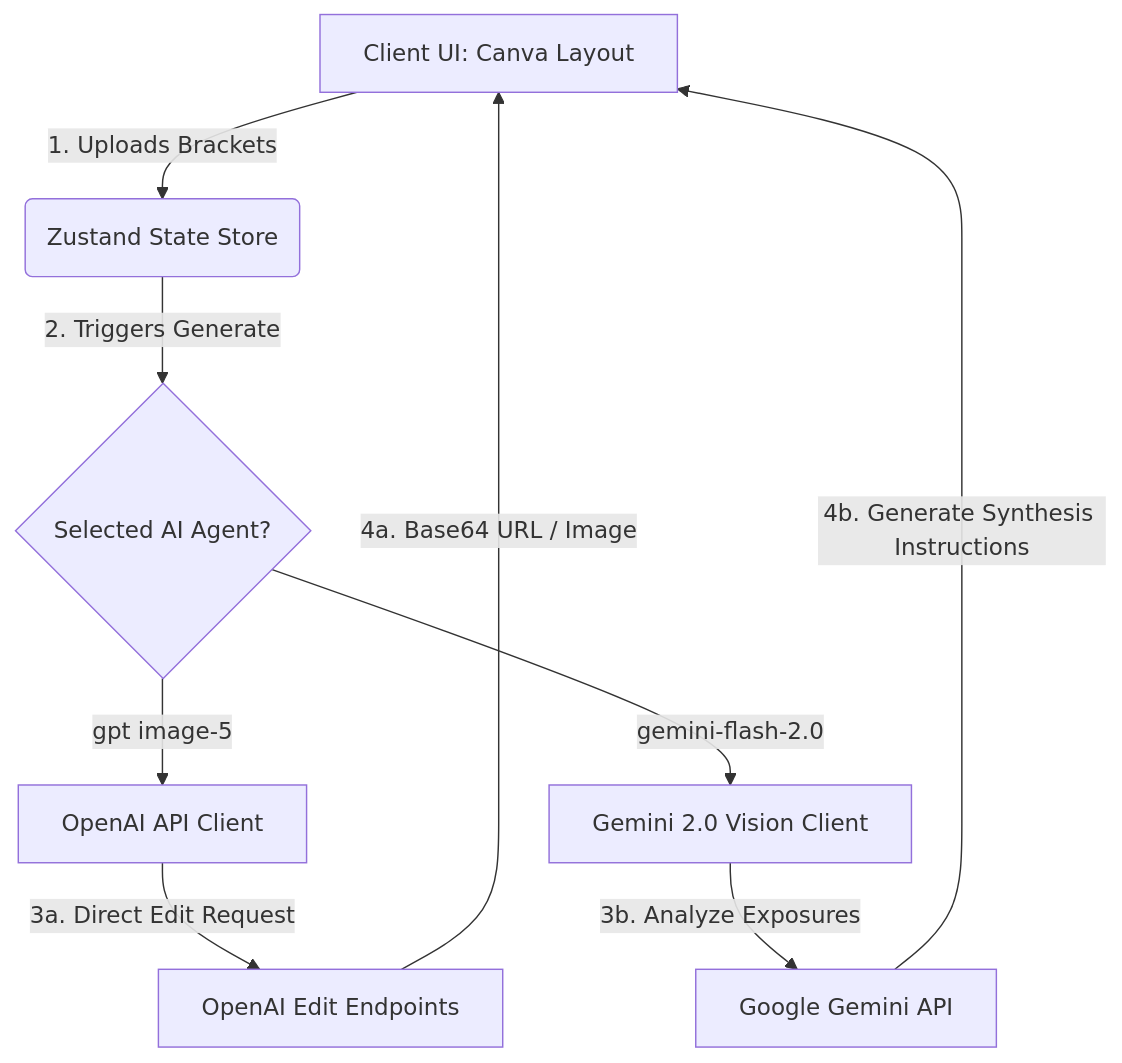
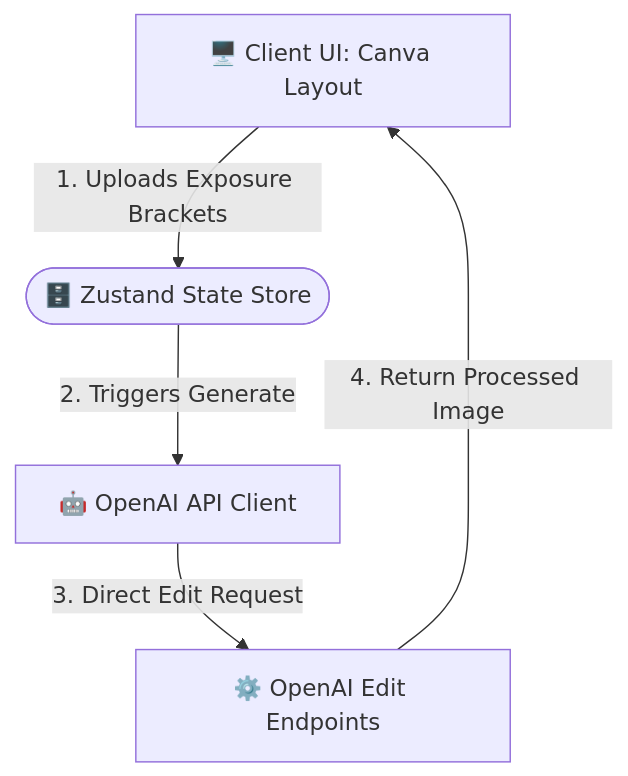
One commit to patelpreet332/real-estate-hdr-fusion changed the diagram in README.md. Above: the diagram before and after it, drawn with Mermaid. The commit also changed other lines of this file and 1 other file, not shown here.

````diff
--- a/README.md
+++ b/README.md
@@ -41,14 +41,7 @@
 ```mermaid
 graph TD
-    A[Client UI: Canva Layout] -->|1. Uploads Brackets| B(Zustand State Store)
-    B -->|2. Triggers Generate| C{Selected AI Agent?}
-    
-    C -->|gpt image-5| D[OpenAI API Client]
-    C -->|gemini-flash-2.0| E[Gemini 2.0 Vision Client]
-    
-    D -->|3a. Direct Edit Request| F[OpenAI Edit Endpoints]
-    F -->|4a. Base64 URL / Image| A
-    
-    E -->|3b. Analyze Exposures| G[Google Gemini API]
-    G -->|4b. Generate Synthesis Instructions| A
+    A["🖥️ Client UI: Canva Layout"] -->|"1. Uploads Exposure Brackets"| B(["🗄️ Zustand State Store"])
+    B -->|"2. Triggers Generate"| C["🤖 OpenAI API Client"]
+    C -->|"3. Direct Edit Request"| D["⚙️ OpenAI Edit Endpoints"]
+    D -->|"4. Return Processed Image"| A
 ```
````
